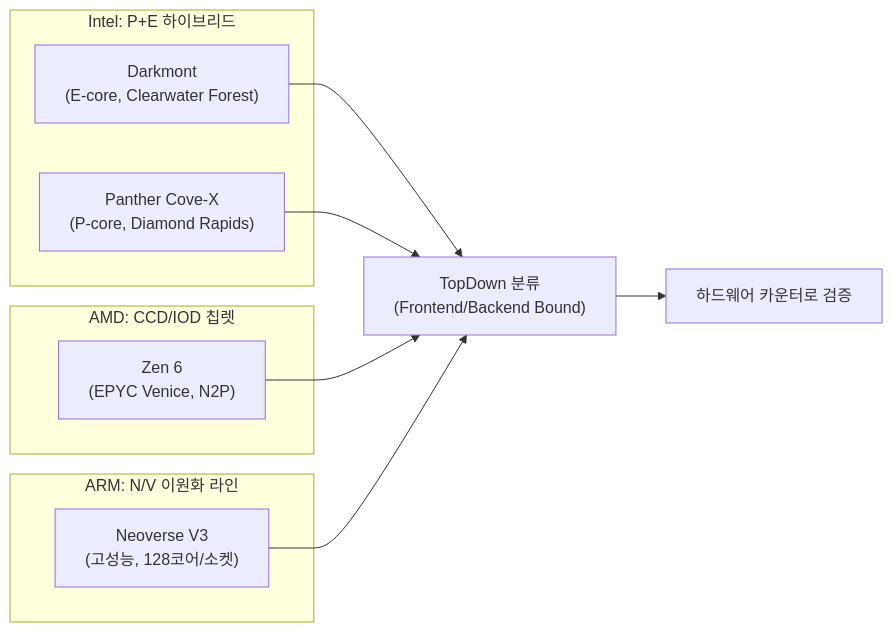
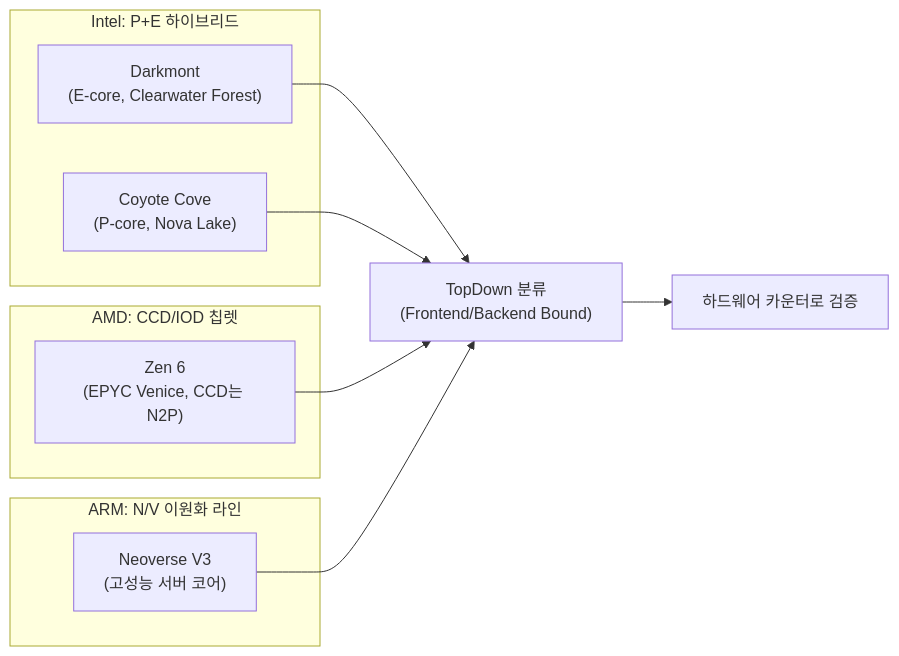
One commit to 42jerrykim/42jerrykim.github.io changed the diagram in content/collection/optimization-05-cpu-microarchitecture/08-modern-cpu-architecture/index.md. Above: the diagram before and after it, drawn with Mermaid. The commit also changed other lines of this file and 1 other file, not shown here.

First line of the commit message:
feat: optimization-05-cpu-microarchitecture/08-modern-cpu-architecture post-quality-loop 채점 완료 (92.8점, 통과)

````diff
--- a/content/collection/optimization-05-cpu-microarchitecture/08-modern-cpu-architecture/index.md
+++ b/content/collection/optimization-05-cpu-microarchitecture/08-modern-cpu-architecture/index.md
@@ -75,18 +65,18 @@
 ```mermaid
 flowchart LR
   subgraph intelHybrid ["Intel: P+E 하이브리드"]
     darkmont["Darkmont</br>(E-core, Clearwater Forest)"]
-    pantherCove["Panther Cove-X</br>(P-core, Diamond Rapids)"]
+    coyoteCove["Coyote Cove</br>(P-core, Nova Lake)"]
   end
   subgraph amdChiplet ["AMD: CCD/IOD 칩렛"]
-    zen6["Zen 6</br>(EPYC Venice, N2P)"]
+    zen6["Zen 6</br>(EPYC Venice, CCD는 N2P)"]
   end
   subgraph armDual ["ARM: N/V 이원화 라인"]
-    neoverseV3["Neoverse V3</br>(고성능, 128코어/소켓)"]
+    neoverseV3["Neoverse V3</br>(고성능 서버 코어)"]
   end
   darkmont --> topdown["TopDown 분류</br>(Frontend/Backend Bound)"]
-  pantherCove --> topdown
+  coyoteCove --> topdown
   zen6 --> topdown
   neoverseV3 --> topdown
   topdown --> counters["하드웨어 카운터로 검증"]
 ```
````
